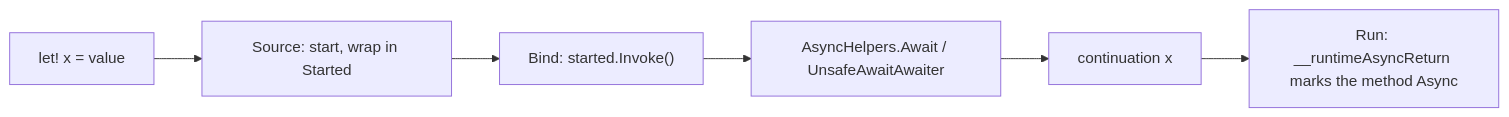
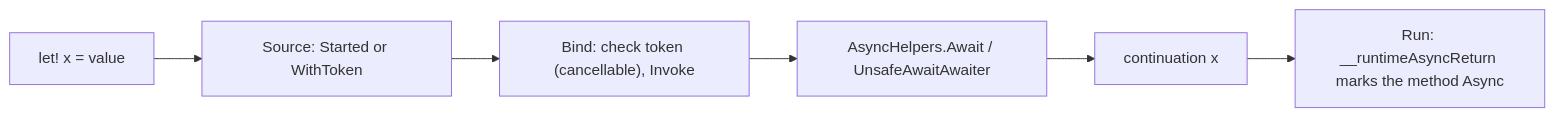
Before and after one commit to TheAngryByrd/IcedTasks: the diagram in lode/builders/runtime-task.md, drawn with Mermaid. The commit also changed other lines of this file and 29 other files, not shown here.

````diff
--- a/lode/builders/runtime-task.md
+++ b/lode/builders/runtime-task.md
@@ -22,8 +31,8 @@
 ```mermaid
 flowchart LR
-    src["let! x = value"] --> source["Source: start, wrap in Started"]
-    source --> bind["Bind: started.Invoke()"]
+    src["let! x = value"] --> source["Source: Started or WithToken"]
+    source --> bind["Bind: check token (cancellable), Invoke"]
     bind --> await["AsyncHelpers.Await / UnsafeAwaitAwaiter"]
     await --> cont["continuation x"]
     cont --> run["Run: __runtimeAsyncReturn marks the method Async"]
 ```
````
